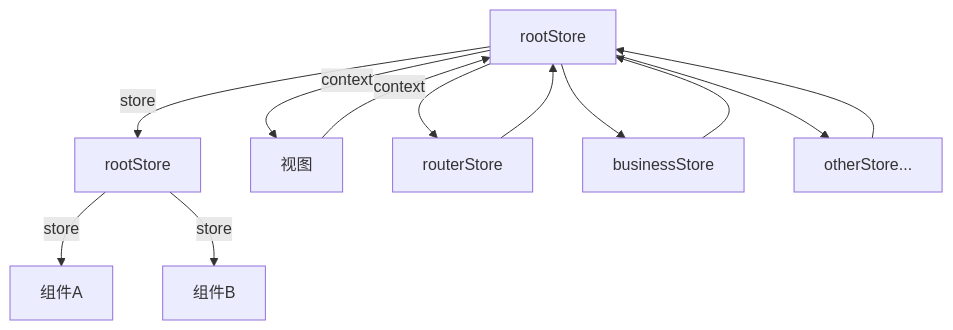
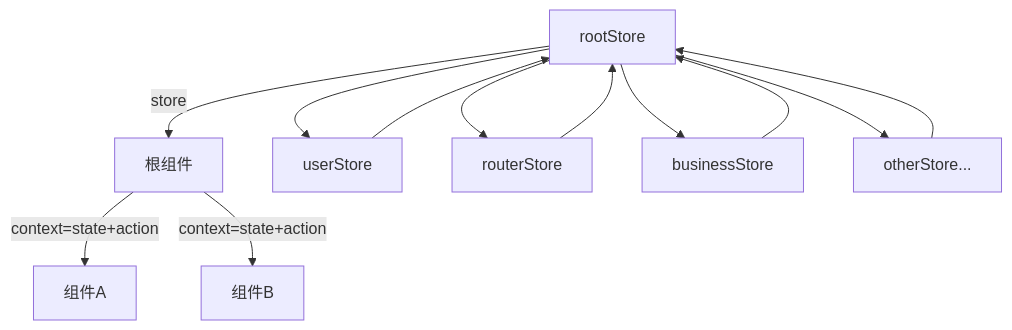
The diagram in front/前端框架设计思想与实践/README.md (anthhub/cs-thinking-docs), drawn with Mermaid before and after one commit.

````diff
--- a/front/前端框架设计思想与实践/README.md
+++ b/front/前端框架设计思想与实践/README.md
@@ -105,20 +105,20 @@
     ```mermaid
         graph TD
         rootStore[rootStore] --store--> view[视图] 
 
-        view[rootStore] --store--> A[组件A] 
-        view[rootStore] --store--> B[组件B] 
+        view[根组件] --context=state+action--> A[组件A] 
+        view[根组件] --context=state+action--> B[组件B] 
 
-        rootStore[视图] --context--> userStore[userStore] 
-        userStore[视图] --context--> rootStore[rootStore] 
+        rootStore[rootStore] --> userStore[userStore] 
+        userStore[userStore] --> rootStore[rootStore] 
 
         rootStore[rootStore] --> routerStore[routerStore] 
         routerStore[routerStore] --> rootStore[rootStore] 
 
         rootStore[rootStore] --> businessStore[businessStore] 
         businessStore[businessStore] --> rootStore[rootStore] 
         
         rootStore[rootStore] --> otherStore[otherStore...] 
         otherStore[otherStore...] --> rootStore[rootStore] 
        
     ```
````
